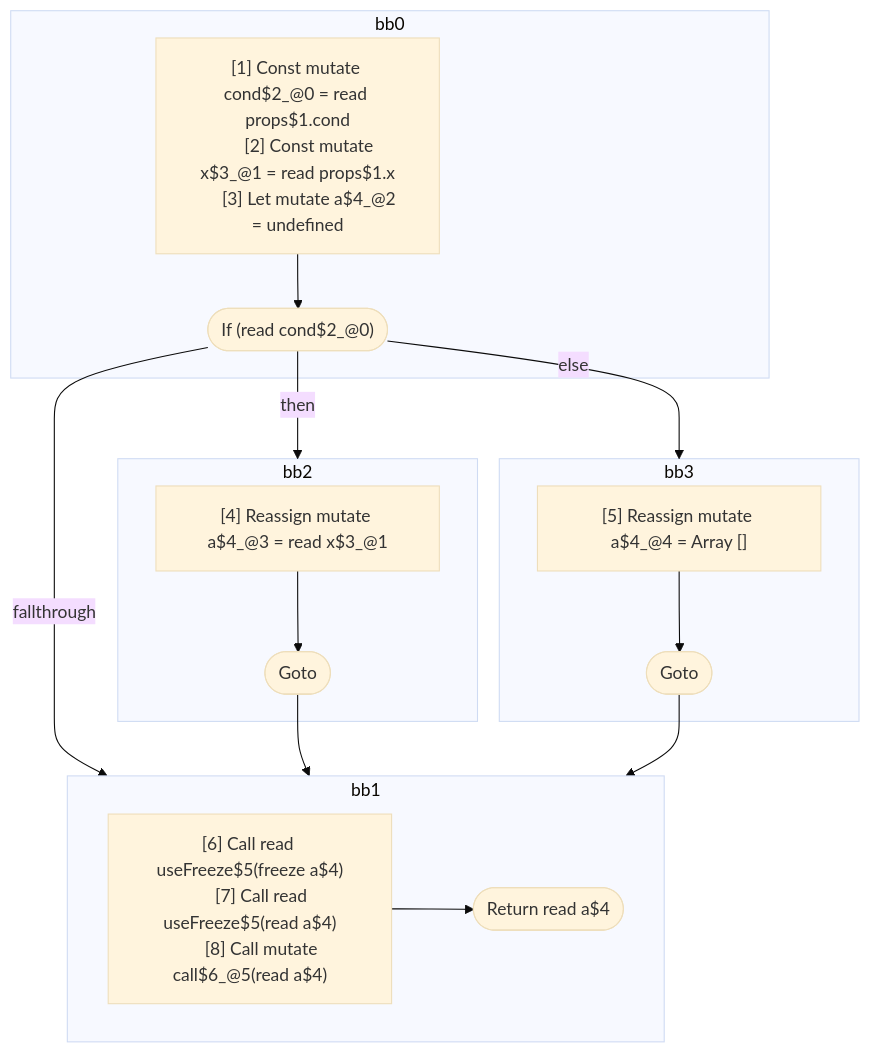
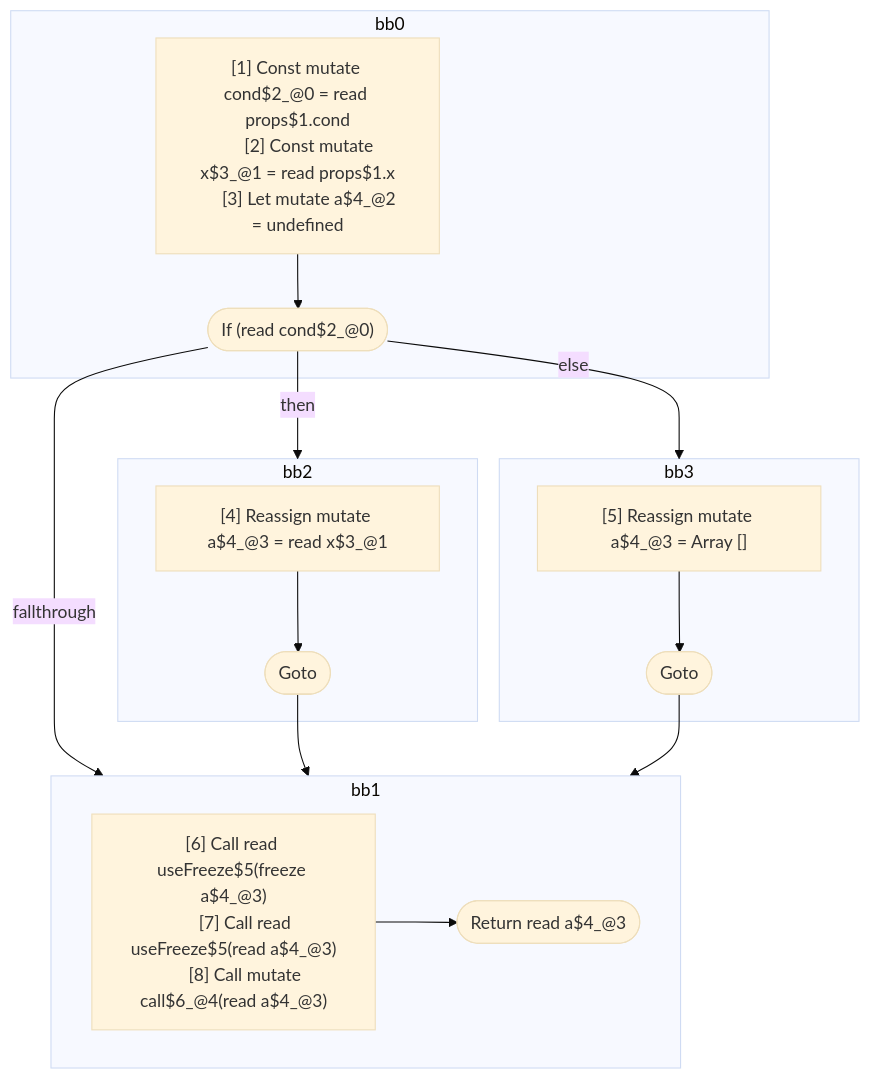
Before and after one commit to wutsmog/private: the first of 3 diagrams in compiler/forget/src/__tests__/fixtures/hir/hooks-freeze-possibly-mutable-arguments.expect.md, drawn with Mermaid (base theme). The commit also changed other lines of this file and 18 other files, not shown here.

````diff
--- a/compiler/forget/src/__tests__/fixtures/hir/hooks-freeze-possibly-mutable-arguments.expect.md
+++ b/compiler/forget/src/__tests__/fixtures/hir/hooks-freeze-possibly-mutable-arguments.expect.md
@@ -51,40 +51,40 @@
 ```mermaid
 flowchart TB
   %% Basic Blocks
   subgraph bb0
     bb0_instrs["
       [1] Const mutate cond$2_@0 = read props$1.cond
       [2] Const mutate x$3_@1 = read props$1.x
       [3] Let mutate a$4_@2 = undefined
     "]
     bb0_instrs --> bb0_terminal(["If (read cond$2_@0)"])
   end
   subgraph bb2
     bb2_instrs["
       [4] Reassign mutate a$4_@3 = read x$3_@1
     "]
     bb2_instrs --> bb2_terminal(["Goto"])
   end
   subgraph bb3
     bb3_instrs["
-      [5] Reassign mutate a$4_@4 = Array []
+      [5] Reassign mutate a$4_@3 = Array []
     "]
     bb3_instrs --> bb3_terminal(["Goto"])
   end
   subgraph bb1
     bb1_instrs["
-      [6] Call read useFreeze$5(freeze a$4)
-      [7] Call read useFreeze$5(read a$4)
-      [8] Call mutate call$6_@5(read a$4)
+      [6] Call read useFreeze$5(freeze a$4_@3)
+      [7] Call read useFreeze$5(read a$4_@3)
+      [8] Call mutate call$6_@4(read a$4_@3)
     "]
-    bb1_instrs --> bb1_terminal(["Return read a$4"])
+    bb1_instrs --> bb1_terminal(["Return read a$4_@3"])
   end
 
   %% Jumps
   bb0_terminal -- then --> bb2
   bb0_terminal -- else --> bb3
   bb0_terminal -- fallthrough --> bb1
   bb2_terminal --> bb1
   bb3_terminal --> bb1
 
 ```
````
